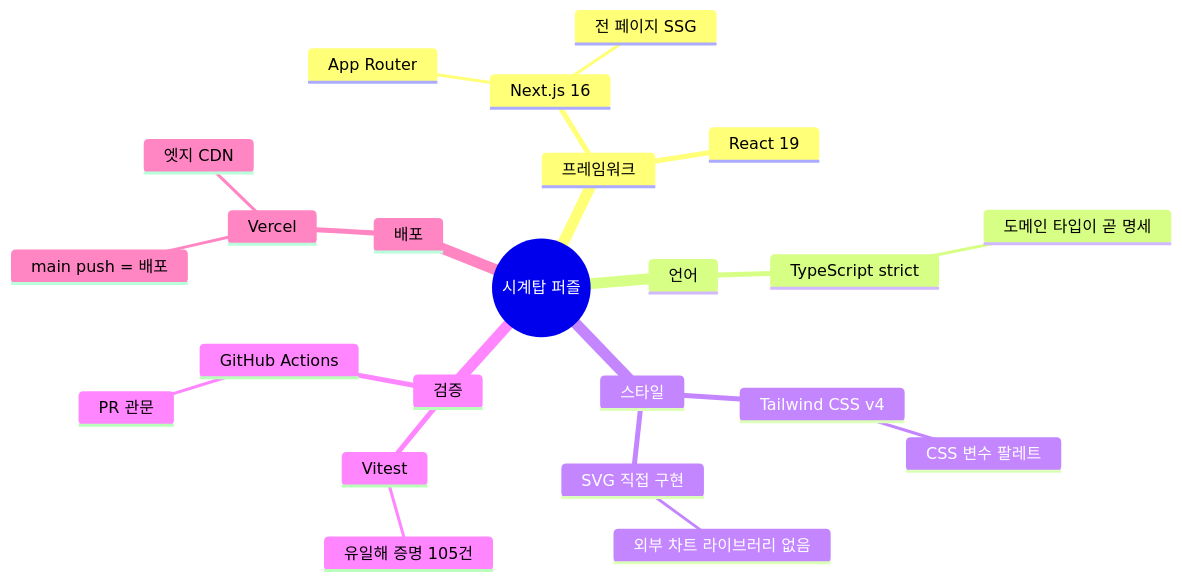
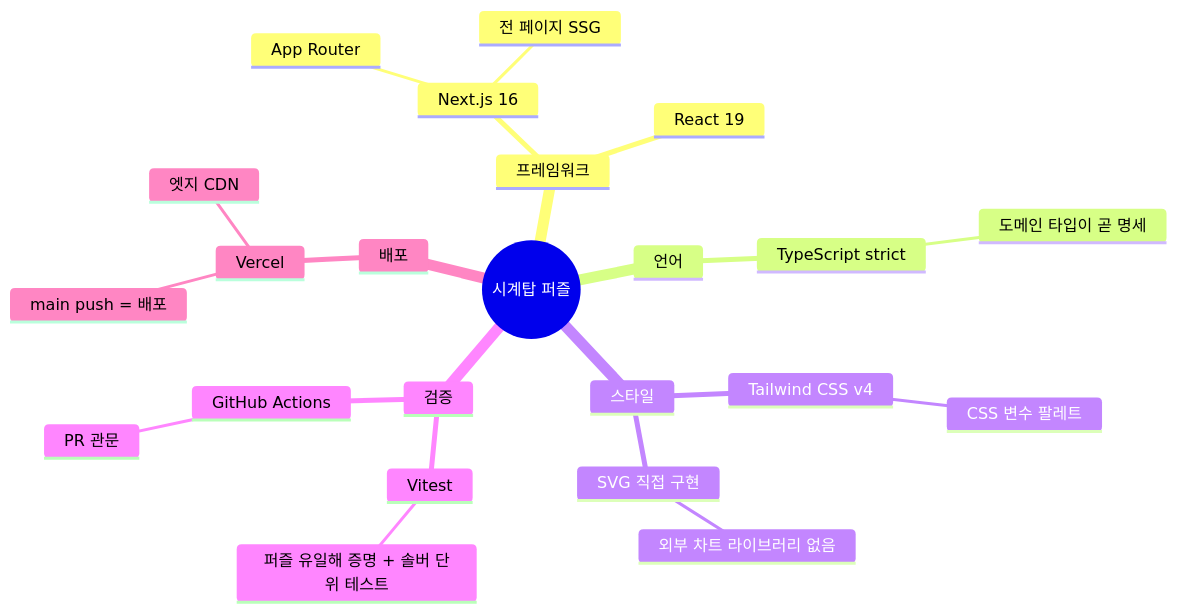
The second of 8 diagrams in docs/STACK.md (LeeSongHeon-LSH/clocktower-puzzles), drawn with Mermaid before and after one commit. The commit also changed other lines of this file and 11 other files, not shown here.

````diff
--- a/docs/STACK.md
+++ b/docs/STACK.md
@@ -41,26 +41,26 @@
 ```mermaid
 mindmap
   root(("시계탑 퍼즐"))
     프레임워크
       Next.js 16
         App Router
         전 페이지 SSG
       React 19
     언어
       TypeScript strict
         도메인 타입이 곧 명세
     스타일
       Tailwind CSS v4
         CSS 변수 팔레트
       SVG 직접 구현
         외부 차트 라이브러리 없음
     검증
       Vitest
-        유일해 증명 105건
+        퍼즐 유일해 증명 + 솔버 단위 테스트
       GitHub Actions
         PR 관문
     배포
       Vercel
         main push = 배포
         엣지 CDN
 ```
````
